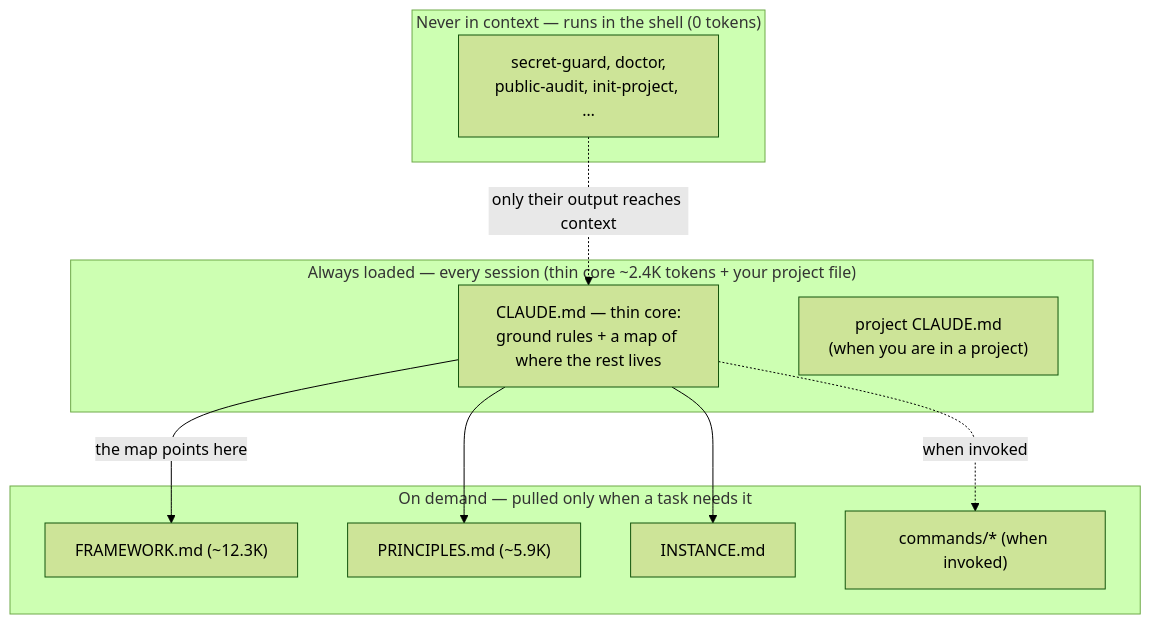
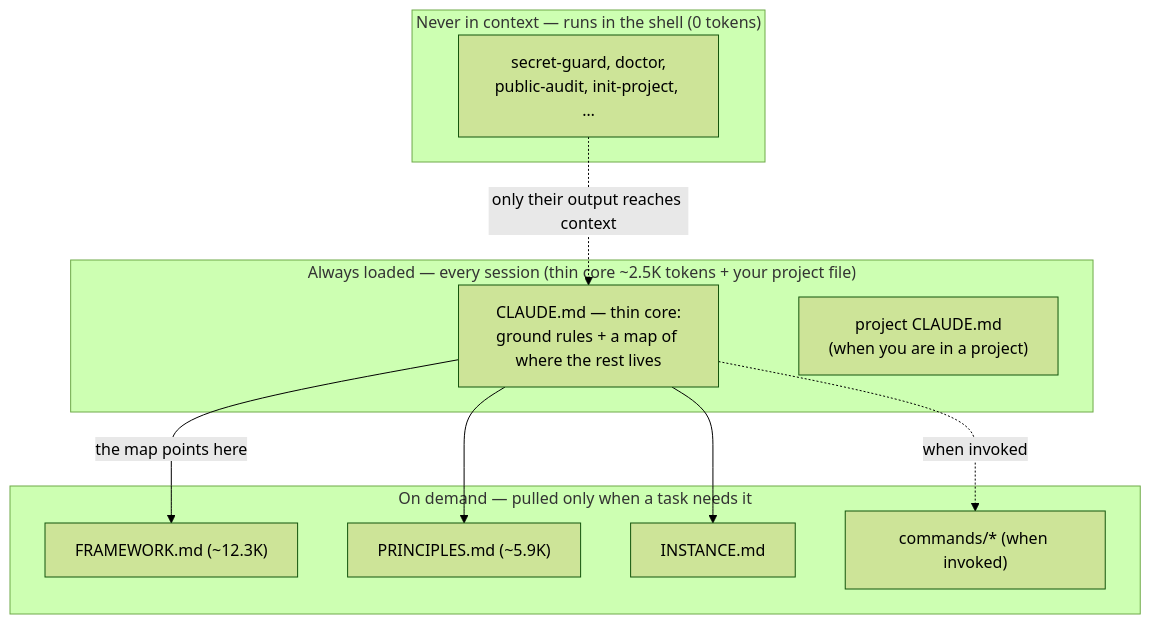
Before and after one commit to rockerlabs/keel: the diagram in README.md, drawn with Mermaid (forest theme). The commit also changed other lines of this file and 4 other files, not shown here.

````diff
--- a/README.md
+++ b/README.md
@@ -121,21 +121,21 @@
 ```mermaid
 flowchart TD
-    subgraph always["Always loaded — every session (thin core ~2.4K tokens + your project file)"]
+    subgraph always["Always loaded — every session (thin core ~2.5K tokens + your project file)"]
         core["CLAUDE.md — thin core:<br/>ground rules + a map of where the rest lives"]
         proj["project CLAUDE.md<br/>(when you are in a project)"]
     end
     subgraph demand["On demand — pulled only when a task needs it"]
         fw["FRAMEWORK.md (~12.3K)"]
         prin["PRINCIPLES.md (~5.9K)"]
         inst["INSTANCE.md"]
         cmd["commands/* (when invoked)"]
     end
     subgraph never["Never in context — runs in the shell (0 tokens)"]
         tools["secret-guard, doctor,<br/>public-audit, init-project, …"]
     end
     core -->|the map points here| fw
     core --> prin
     core --> inst
     core -.->|when invoked| cmd
     tools -.->|only their output reaches context| core
 ```
````
